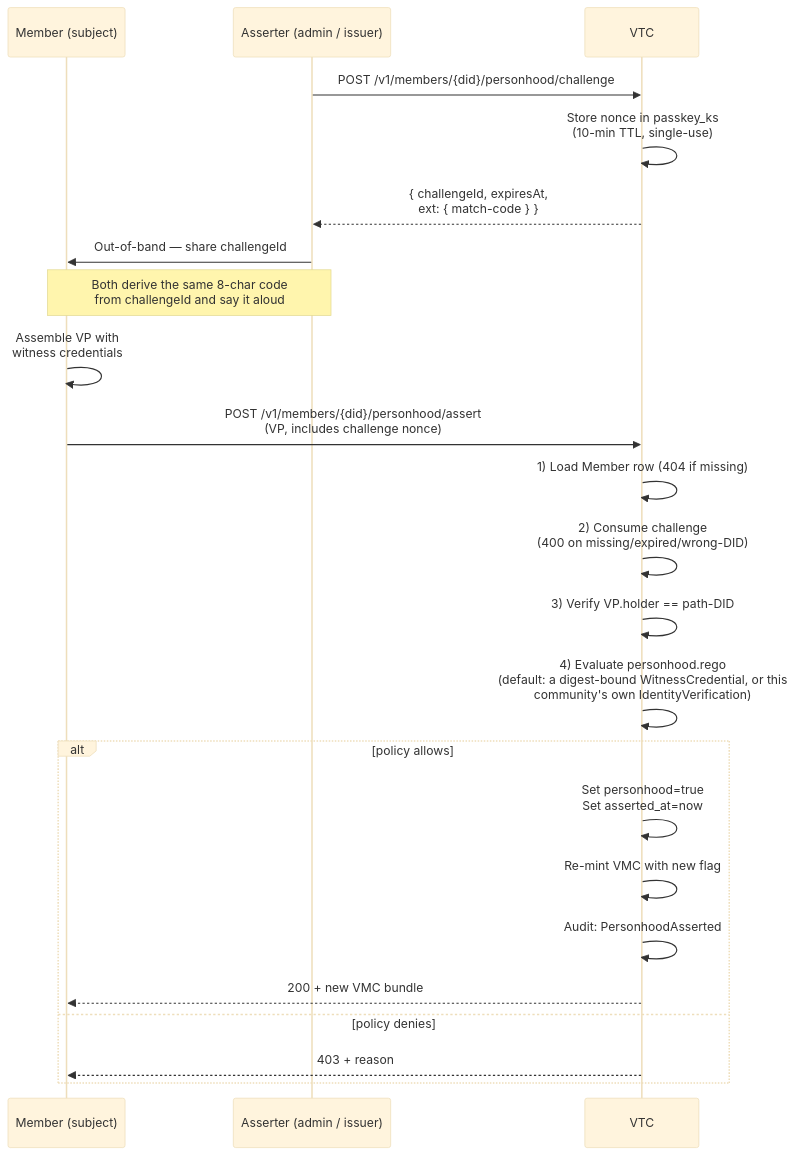
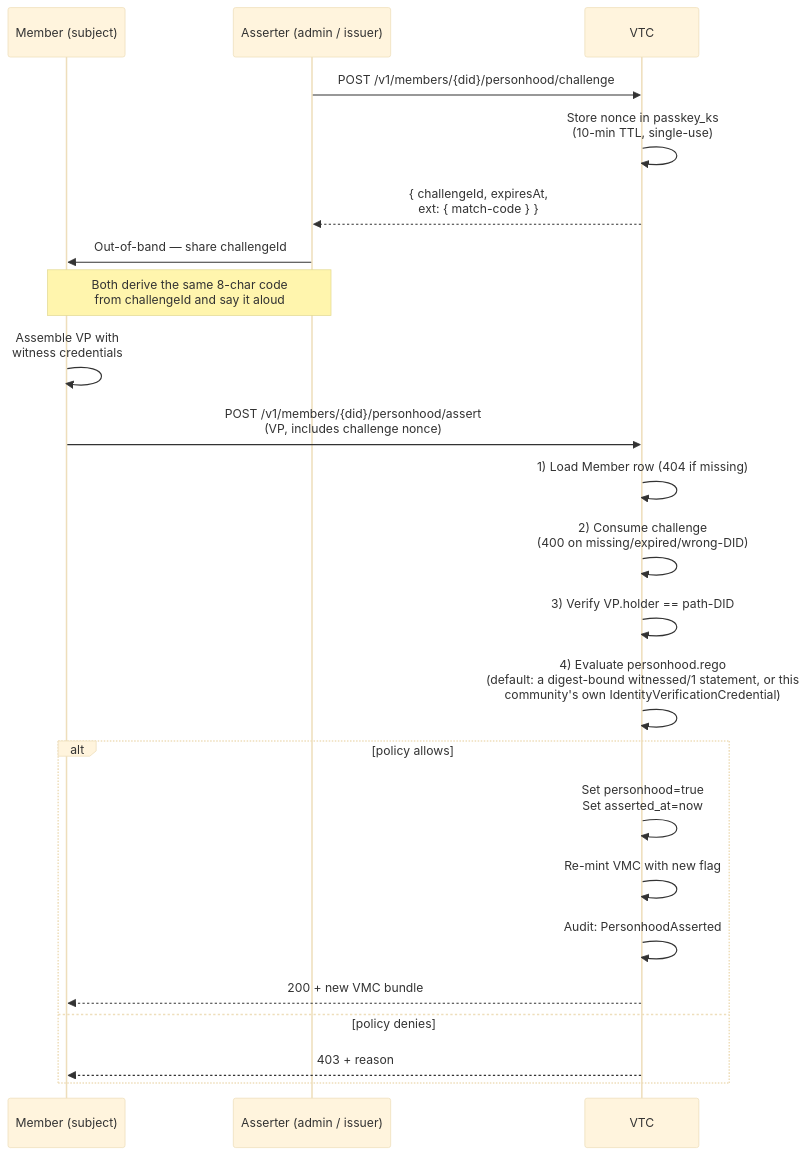
The second of 4 diagrams in docs/03-vtc/personhood-and-graph.md (OpenVTC/verifiable-trust-infrastructure), drawn with Mermaid (base theme) before and after one commit. The commit also changed other lines of this file and 46 other files, not shown here.

````diff
--- a/docs/03-vtc/personhood-and-graph.md
+++ b/docs/03-vtc/personhood-and-graph.md
@@ -38,26 +38,26 @@
 ```mermaid
 sequenceDiagram
     participant M as Member (subject)
     participant A as Asserter (admin / issuer)
     participant VTC as VTC
 
     A->>VTC: POST /v1/members/{did}/personhood/challenge
     VTC->>VTC: Store nonce in passkey_ks<br/>(10-min TTL, single-use)
     VTC-->>A: { challengeId, expiresAt,<br/>ext: { match-code } }
     A->>M: Out-of-band — share challengeId
     Note over A,M: Both derive the same 8-char code<br/>from challengeId and say it aloud
     M->>M: Assemble VP with<br/>witness credentials
     M->>VTC: POST /v1/members/{did}/personhood/assert<br/>(VP, includes challenge nonce)
     VTC->>VTC: 1) Load Member row (404 if missing)
     VTC->>VTC: 2) Consume challenge<br/>(400 on missing/expired/wrong-DID)
     VTC->>VTC: 3) Verify VP.holder == path-DID
-    VTC->>VTC: 4) Evaluate personhood.rego<br/>(default: a digest-bound WitnessCredential, or this<br/>community's own IdentityVerification)
+    VTC->>VTC: 4) Evaluate personhood.rego<br/>(default: a digest-bound witnessed/1 statement, or this<br/>community's own IdentityVerificationCredential)
     alt policy allows
         VTC->>VTC: Set personhood=true<br/>Set asserted_at=now
         VTC->>VTC: Re-mint VMC with new flag
         VTC->>VTC: Audit: PersonhoodAsserted
         VTC-->>M: 200 + new VMC bundle
     else policy denies
         VTC-->>M: 403 + reason
     end
 ```
````
